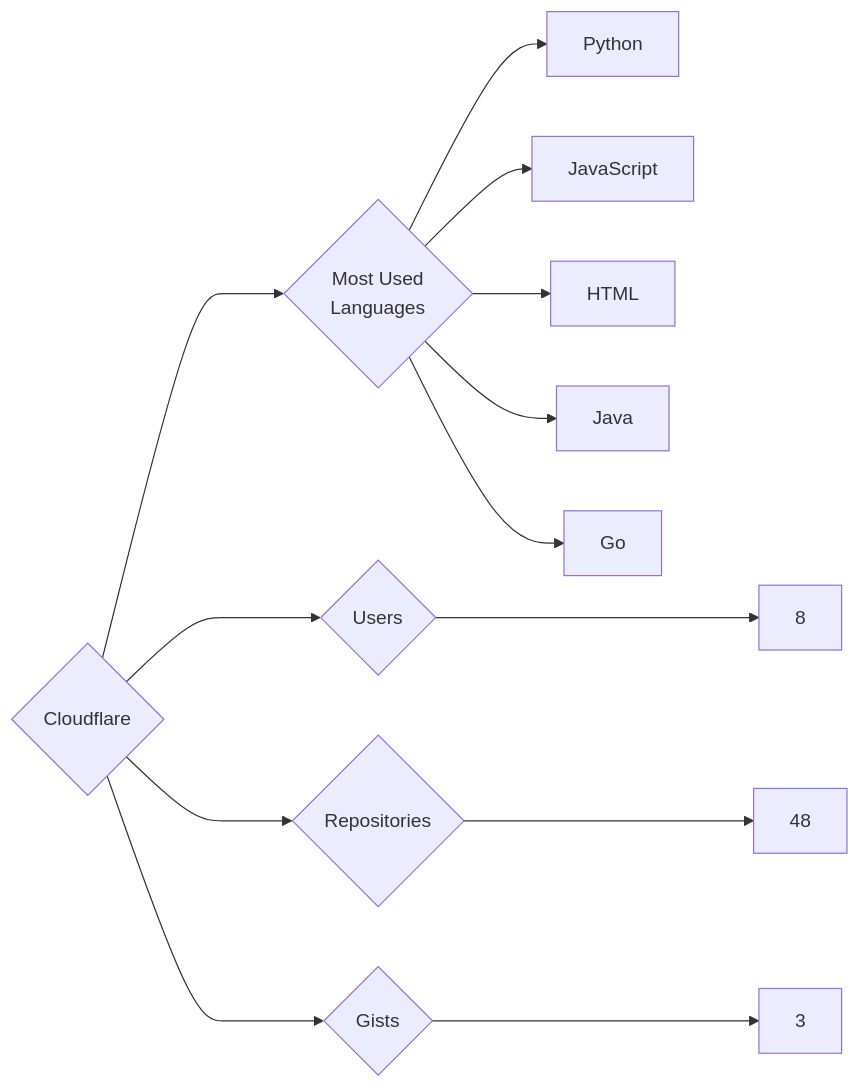
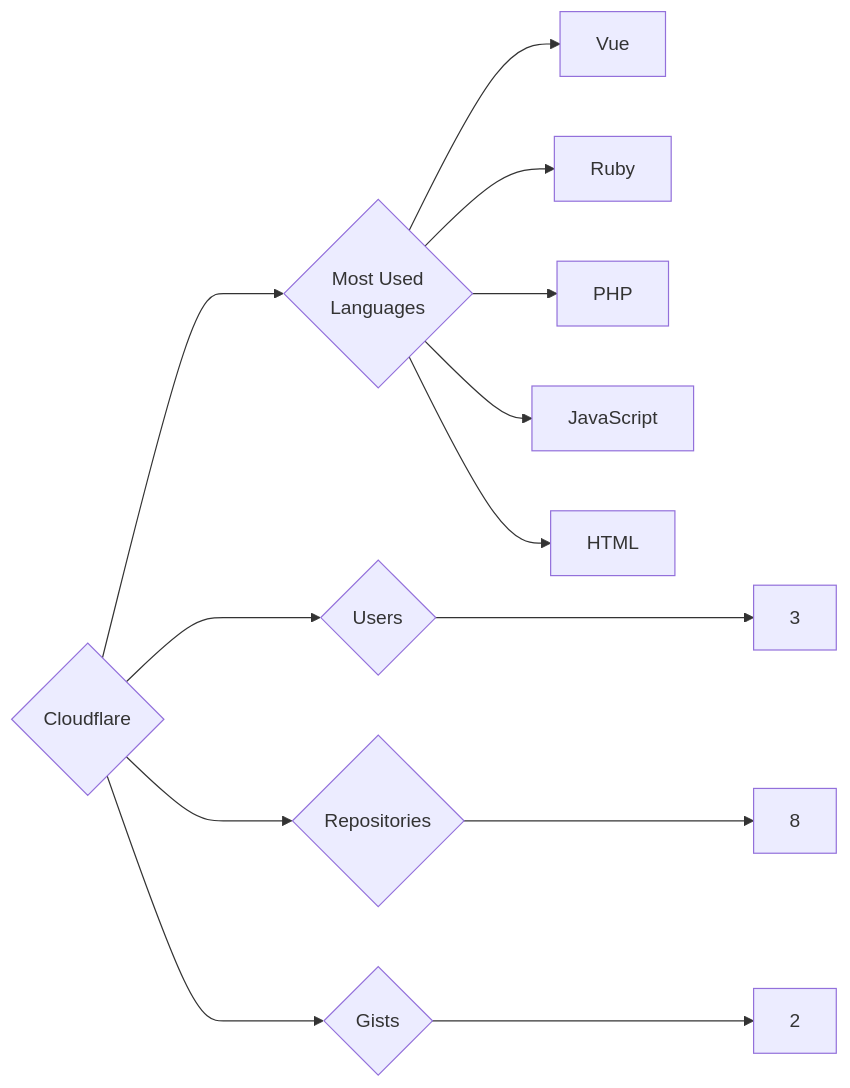
One commit to trickest/insiders changed the diagram in targets/Cloudflare/README.md. Above: the diagram before and after it, drawn with Mermaid. The commit also changed 618 other files, not shown here.

````diff
--- a/targets/Cloudflare/README.md
+++ b/targets/Cloudflare/README.md
@@ -3,13 +3,13 @@
 ```mermaid
 graph LR
 COMPANY_NAME{Cloudflare}
-COMPANY_NAME ---> U{Users} ---> UN[8]
-COMPANY_NAME ---> R{Repositories} ---> RN[48]
-COMPANY_NAME ---> G{Gists} ---> GN[3]
+COMPANY_NAME ---> U{Users} ---> UN[3]
+COMPANY_NAME ---> R{Repositories} ---> RN[8]
+COMPANY_NAME ---> G{Gists} ---> GN[2]
 COMPANY_NAME ---> ML{Most Used<br>Languages}
-ML --> Python[Python]
+ML --> Vue[Vue]
+ML --> Ruby[Ruby]
+ML --> PHP[PHP]
 ML --> JavaScript[JavaScript]
 ML --> HTML[HTML]
-ML --> Java[Java]
-ML --> Go[Go]
 ```
````
